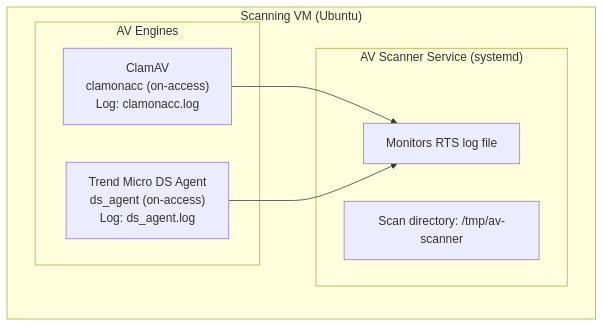
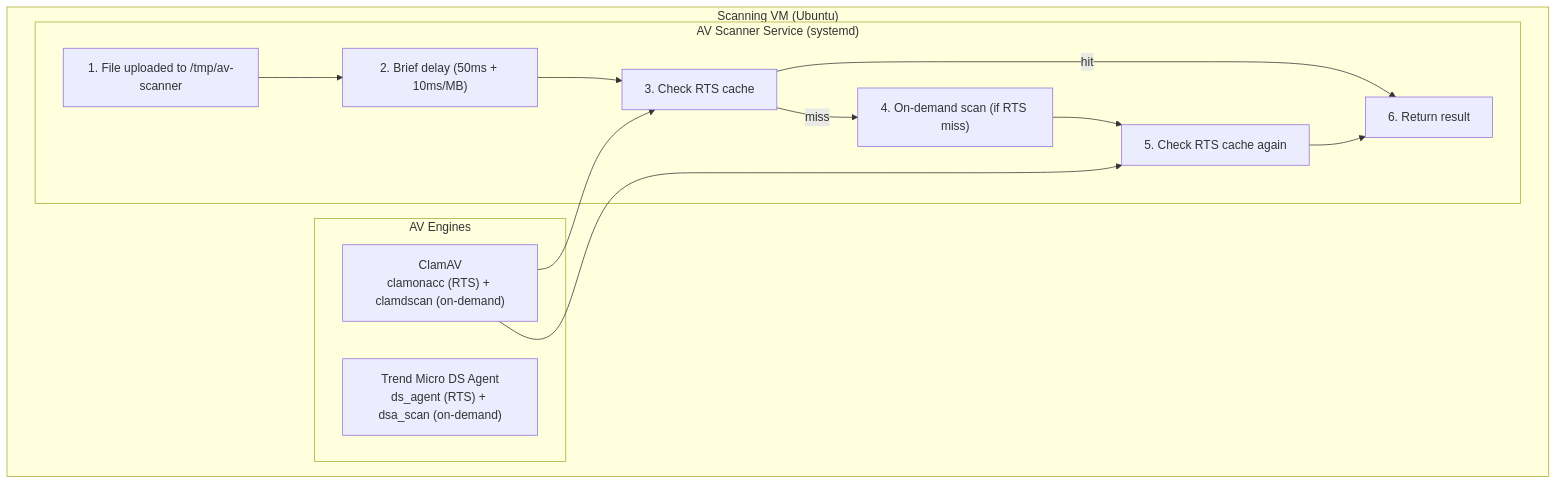
One commit to rophy/av-scanner changed the diagram in README.md. Above: the diagram before and after it, drawn with Mermaid. The commit also changed other lines of this file and 7 other files, not shown here.

First line of the commit message:
feat: add on-demand scanning with hybrid RTS approach

````diff
--- a/README.md
+++ b/README.md
@@ -13,17 +14,24 @@
 ```mermaid
 flowchart TB
     subgraph VM["Scanning VM (Ubuntu)"]
         subgraph engines["AV Engines"]
-            clamav["ClamAV<br/>clamonacc (on-access)<br/>Log: clamonacc.log"]
-            trendmicro["Trend Micro DS Agent<br/>ds_agent (on-access)<br/>Log: ds_agent.log"]
+            clamav["ClamAV<br/>clamonacc (RTS) + clamdscan (on-demand)"]
+            trendmicro["Trend Micro DS Agent<br/>ds_agent (RTS) + dsa_scan (on-demand)"]
         end
 
         subgraph scanner["AV Scanner Service (systemd)"]
-            monitor["Monitors RTS log file"]
-            scandir["Scan directory: /tmp/av-scanner"]
+            upload["1. File uploaded to /tmp/av-scanner"]
+            delay["2. Brief delay (50ms + 10ms/MB)"]
+            rtscheck1["3. Check RTS cache"]
+            ondemand["4. On-demand scan (if RTS miss)"]
+            rtscheck2["5. Check RTS cache again"]
+            result["6. Return result"]
         end
 
-        clamav --> monitor
-        trendmicro --> monitor
+        upload --> delay --> rtscheck1
+        rtscheck1 -->|hit| result
+        rtscheck1 -->|miss| ondemand --> rtscheck2 --> result
+        clamav --> rtscheck1
+        clamav --> rtscheck2
     end
 ```
````
